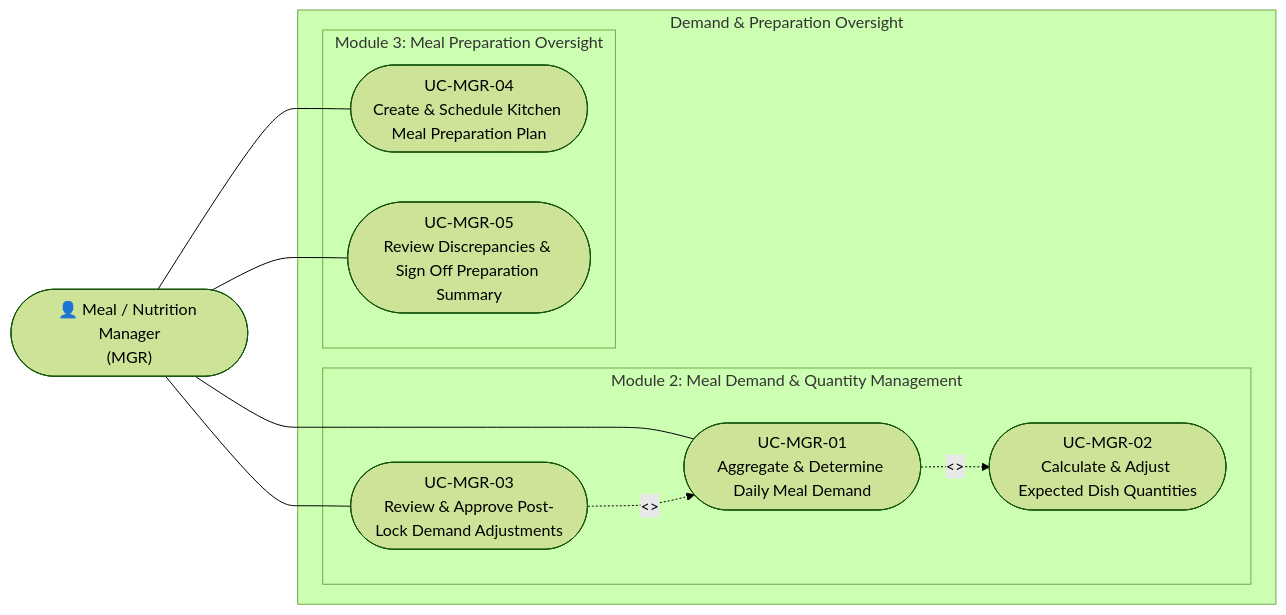
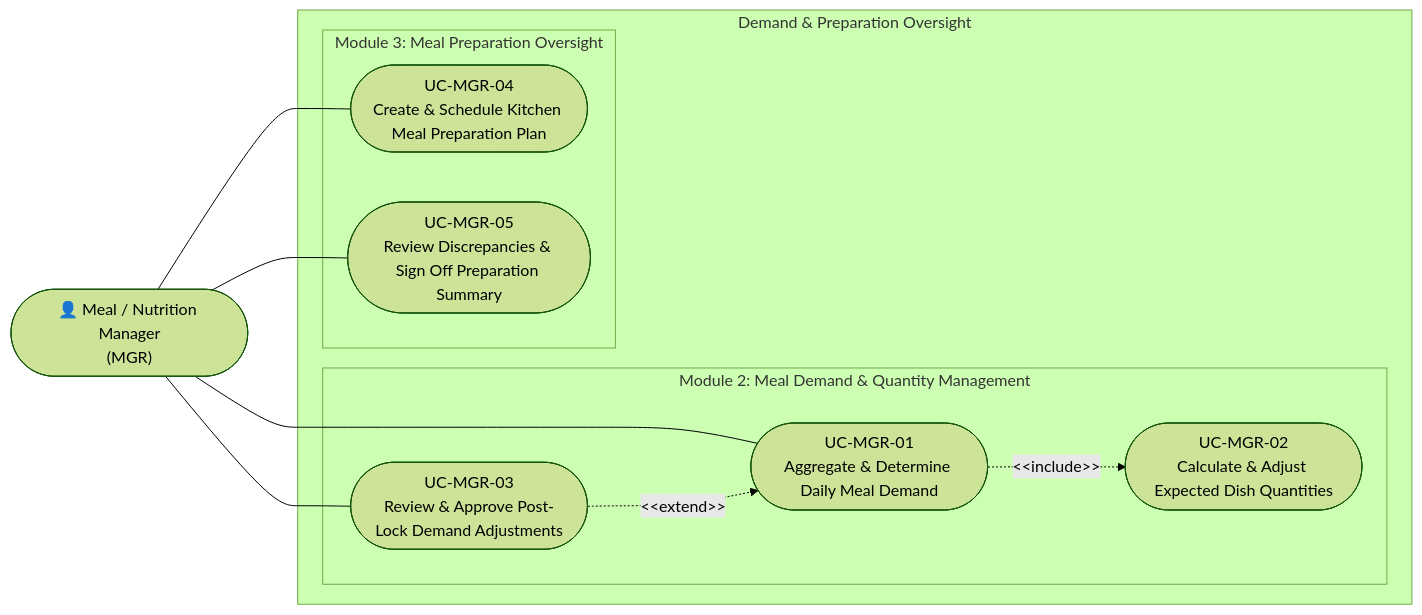
Before and after one commit to Bernie-TruongTQ/PRIMARY_SCHOOL_SEMI-BOARDING_MEAL_MANAGEMENT_SYSTEM: the diagram in docs/03-roles-usecases/usecase-manager.md, drawn with Mermaid (forest theme). The commit also changed 3 other files, not shown here.

````diff
--- a/docs/03-roles-usecases/usecase-manager.md
+++ b/docs/03-roles-usecases/usecase-manager.md
@@ -13,25 +13,25 @@
 ```mermaid
 flowchart LR
     MGR(["👤 Meal / Nutrition Manager\n(MGR)"])
 
     subgraph SYSTEM["Demand & Preparation Oversight"]
         subgraph MOD2["Module 2: Meal Demand & Quantity Management"]
             UC1(["UC-MGR-01\nAggregate & Determine Daily Meal Demand"])
             UC2(["UC-MGR-02\nCalculate & Adjust Expected Dish Quantities"])
             UC3(["UC-MGR-03\nReview & Approve Post-Lock Demand Adjustments"])
         end
 
         subgraph MOD3["Module 3: Meal Preparation Oversight"]
             UC4(["UC-MGR-04\nCreate & Schedule Kitchen Meal Preparation Plan"])
             UC5(["UC-MGR-05\nReview Discrepancies & Sign Off Preparation Summary"])
         end
     end
 
     MGR --- UC1
     MGR --- UC3
     MGR --- UC4
     MGR --- UC5
 
-    UC1 -.->|"<<include>>"| UC2
-    UC3 -.->|"<<extend>>"| UC1
+    UC1 -.->|"&lt;&lt;include&gt;&gt;"| UC2
+    UC3 -.->|"&lt;&lt;extend&gt;&gt;"| UC1
 ```
````
